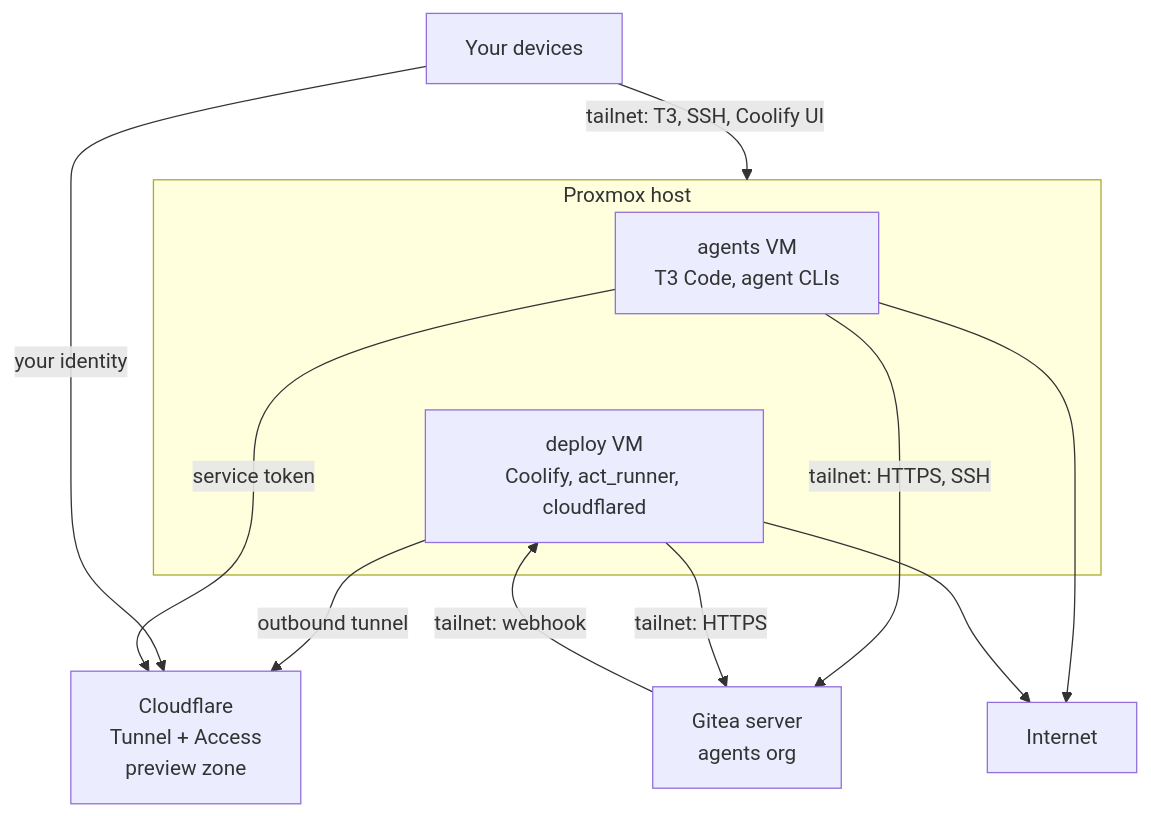
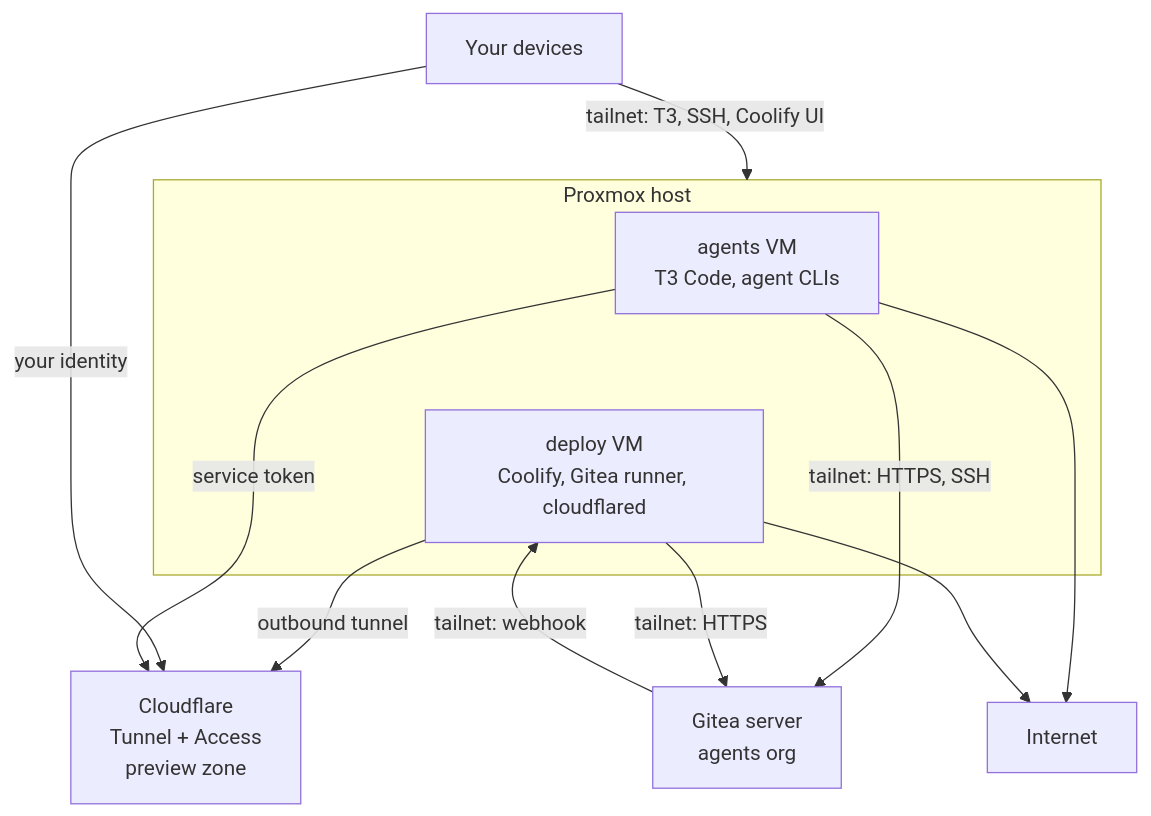
One commit to osrim/voliere changed the first of 4 diagrams in docs/design.md. Above: the diagram before and after it, drawn with Mermaid. The commit also changed other lines of this file and 1 other file, not shown here.

````diff
--- a/docs/design.md
+++ b/docs/design.md
@@ -64,22 +65,22 @@
 ```mermaid
 flowchart TB
     you["Your devices"]
     subgraph box["Proxmox host"]
         agents["agents VM<br/>T3 Code, agent CLIs"]
-        deploy["deploy VM<br/>Coolify, act_runner, cloudflared"]
+        deploy["deploy VM<br/>Coolify, Gitea runner, cloudflared"]
         agents ~~~ deploy
     end
     gitea["Gitea server<br/>agents org"]
     cf["Cloudflare<br/>Tunnel + Access<br/>preview zone"]
     net["Internet"]
 
     you -->|"tailnet: T3, SSH, Coolify UI"| box
     agents -->|"tailnet: HTTPS, SSH"| gitea
     deploy -->|"tailnet: HTTPS"| gitea
     gitea -->|"tailnet: webhook"| deploy
     deploy -->|"outbound tunnel"| cf
     you -->|"your identity"| cf
     agents -->|"service token"| cf
     agents --> net
     deploy --> net
 ```
````
